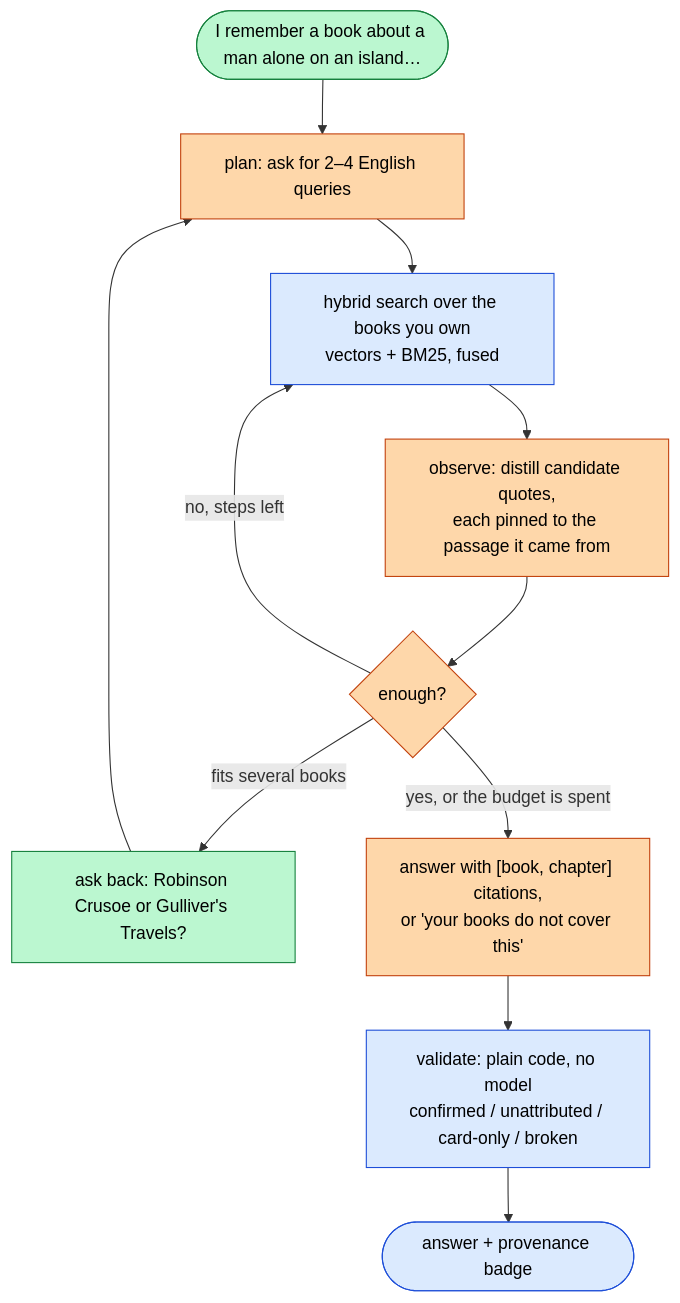
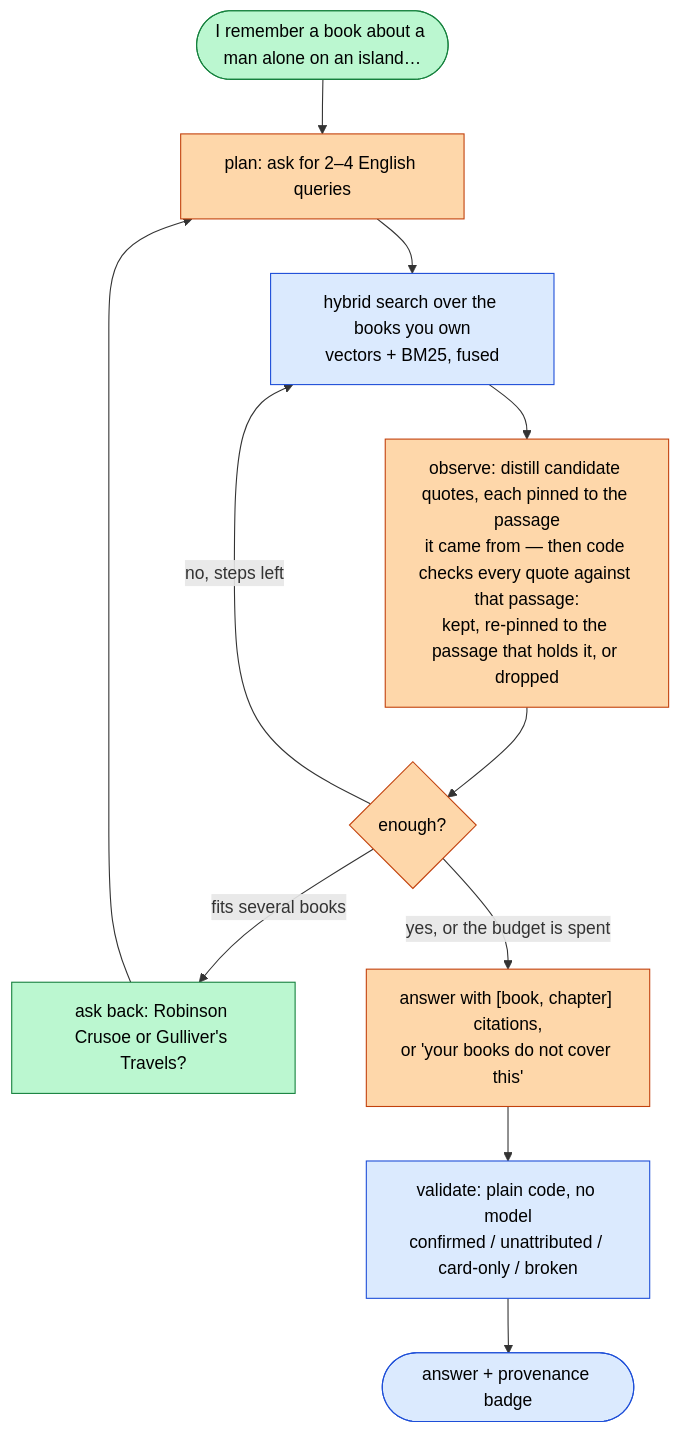
The diagram in README.md (ievgen-borysenko/ask-your-library), drawn with Mermaid before and after one commit. The commit also changed other lines of this file and 1 other file, not shown here.

````diff
--- a/README.md
+++ b/README.md
@@ -41,17 +41,17 @@
 ```mermaid
 flowchart TB
     Q(["I remember a book about a man alone on an island…"]):::human
     Q --> P["plan: ask for 2–4 English queries"]:::ai
     P --> A["hybrid search over the books you own<br/>vectors + BM25, fused"]:::code
-    A --> O["observe: distill candidate quotes,<br/>each pinned to the passage it came from"]:::ai
+    A --> O["observe: distill candidate quotes, each pinned to the passage<br/>it came from — then code checks every quote against that passage:<br/>kept, re-pinned to the passage that holds it, or dropped"]:::ai
     O --> R{"enough?"}:::ai
     R -->|"no, steps left"| A
     R -->|"fits several books"| C["ask back: Robinson Crusoe or Gulliver's Travels?"]:::human
     C --> P
     R -->|"yes, or the budget is spent"| S["answer with [book, chapter] citations,<br/>or 'your books do not cover this'"]:::ai
     S --> V["validate: plain code, no model<br/>confirmed / unattributed / card-only / broken"]:::code
     V --> OUT(["answer + provenance badge"]):::code
     classDef code fill:#dbeafe,stroke:#1d4ed8,color:#000
     classDef ai fill:#fed7aa,stroke:#c2410c,color:#000
     classDef human fill:#bbf7d0,stroke:#15803d,color:#000
 ```
````
